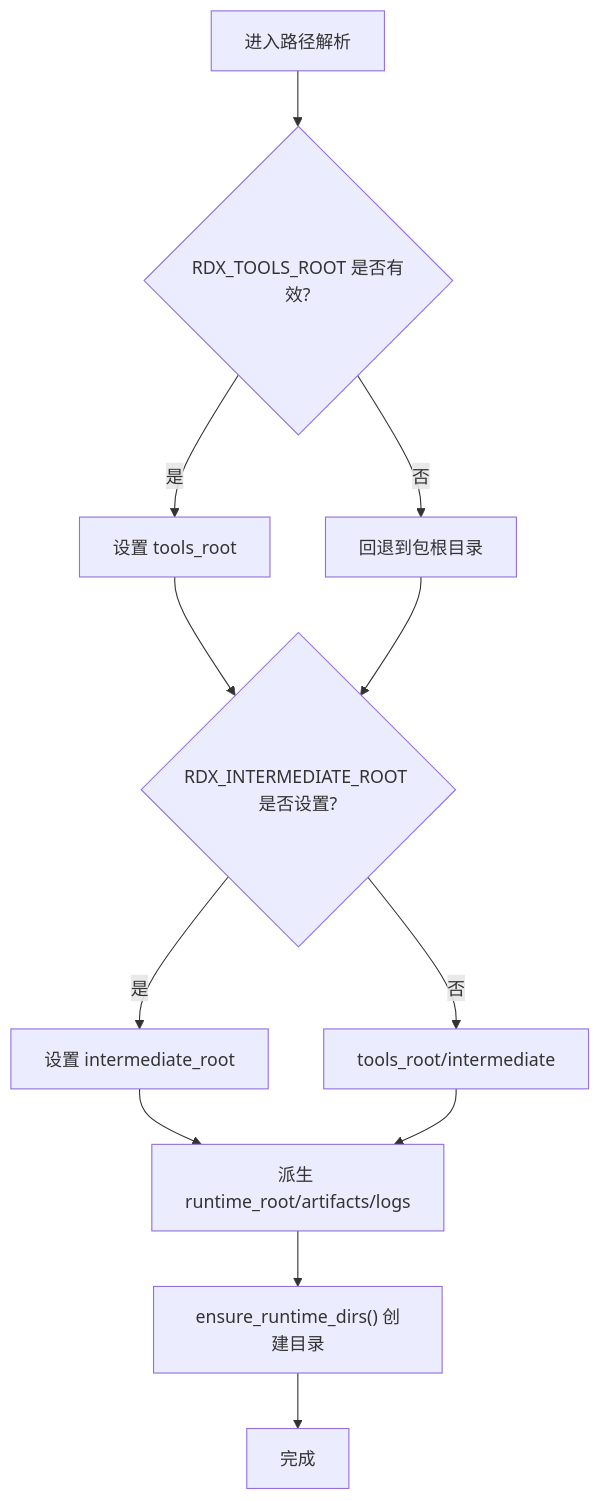
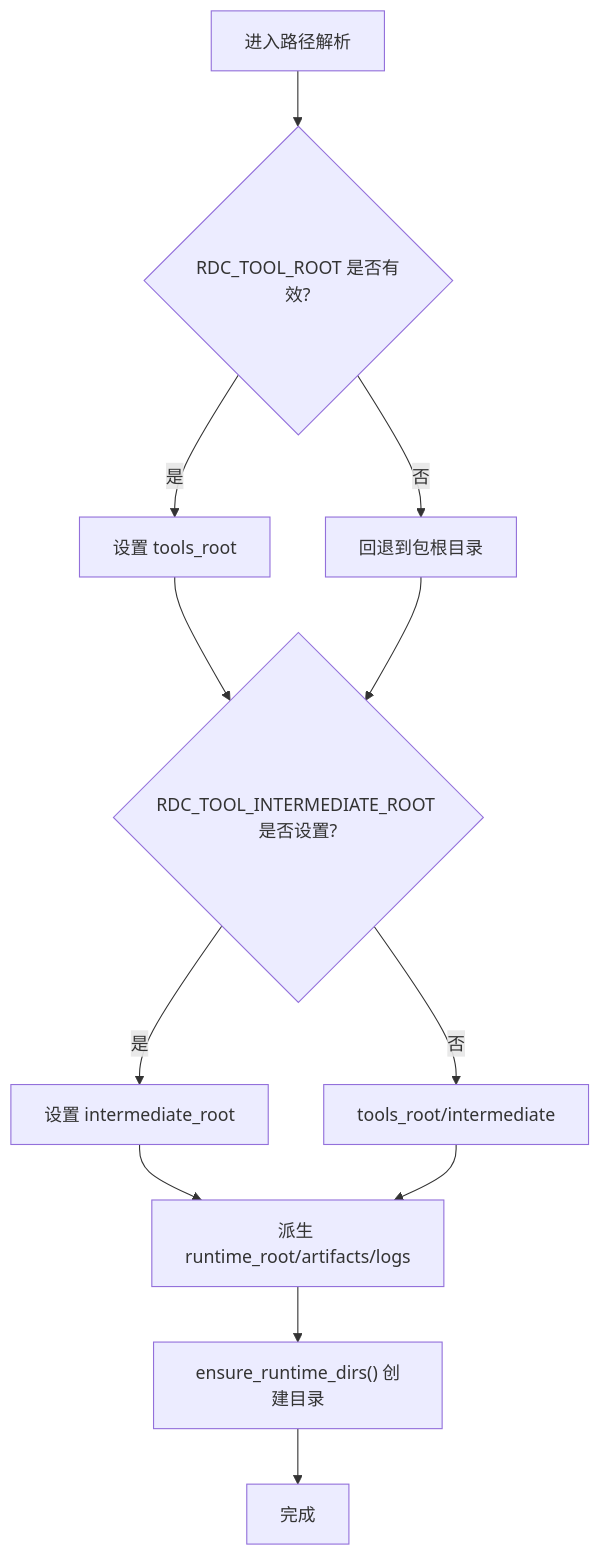
Before and after one commit to haolange/RDC-Tool: the fourth of 7 diagrams in .qoder/repowiki/zh/content/运行时管理/配置管理系统.md, drawn with Mermaid. The commit also changed other lines of this file and 388 other files, not shown here.

First line of the commit message:
Release RDC-Tool identity and public maintenance surface

````diff
--- a/.qoder/repowiki/zh/content/运行时管理/配置管理系统.md
+++ b/.qoder/repowiki/zh/content/运行时管理/配置管理系统.md
@@ -143,14 +143,14 @@
 ```mermaid
 flowchart TD
-TStart["进入路径解析"] --> CheckToolsRoot{"RDX_TOOLS_ROOT 是否有效?"}
+TStart["进入路径解析"] --> CheckToolsRoot{"RDC_TOOL_ROOT 是否有效?"}
 CheckToolsRoot -- "是" --> SetToolsRoot["设置 tools_root"]
 CheckToolsRoot -- "否" --> FallbackToolsRoot["回退到包根目录"]
-SetToolsRoot --> CheckIntermediate{"RDX_INTERMEDIATE_ROOT 是否设置?"}
+SetToolsRoot --> CheckIntermediate{"RDC_TOOL_INTERMEDIATE_ROOT 是否设置?"}
 FallbackToolsRoot --> CheckIntermediate
 CheckIntermediate -- "是" --> SetIntermediate["设置 intermediate_root"]
 CheckIntermediate -- "否" --> DefaultIntermediate["tools_root/intermediate"]
 SetIntermediate --> Derive["派生 runtime_root/artifacts/logs"]
 DefaultIntermediate --> Derive
 Derive --> EnsureDirs["ensure_runtime_dirs() 创建目录"]
 EnsureDirs --> TEnd["完成"]
 ```
````
